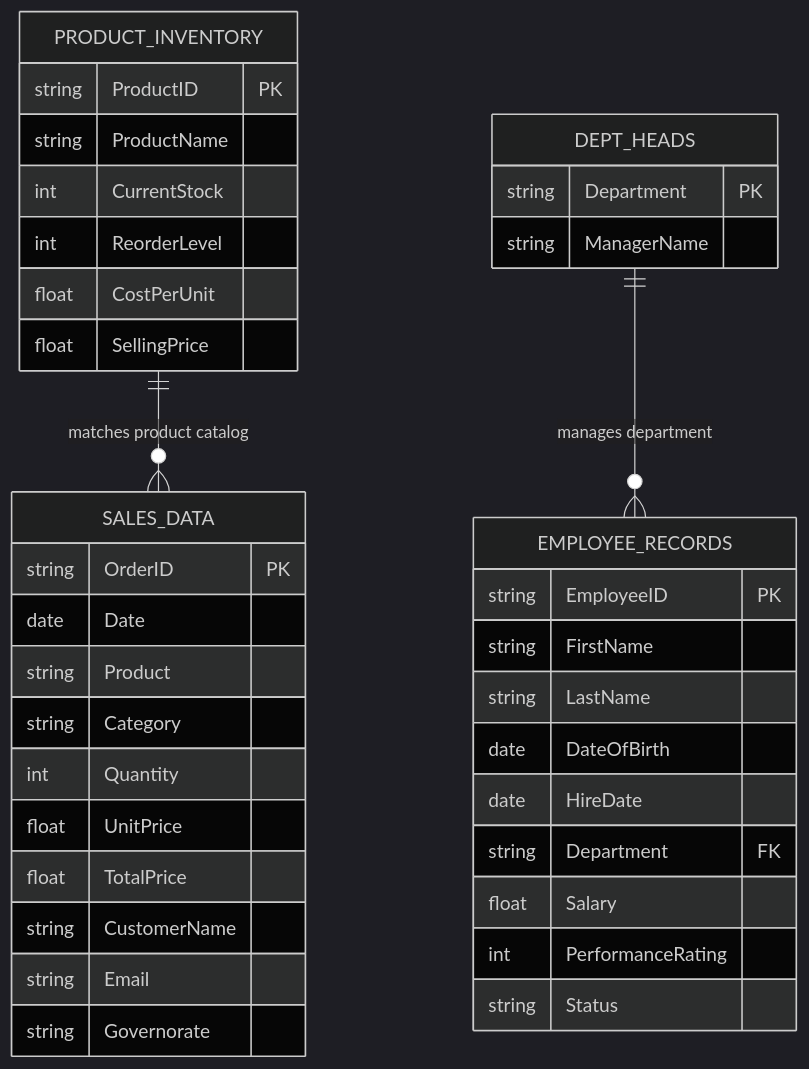
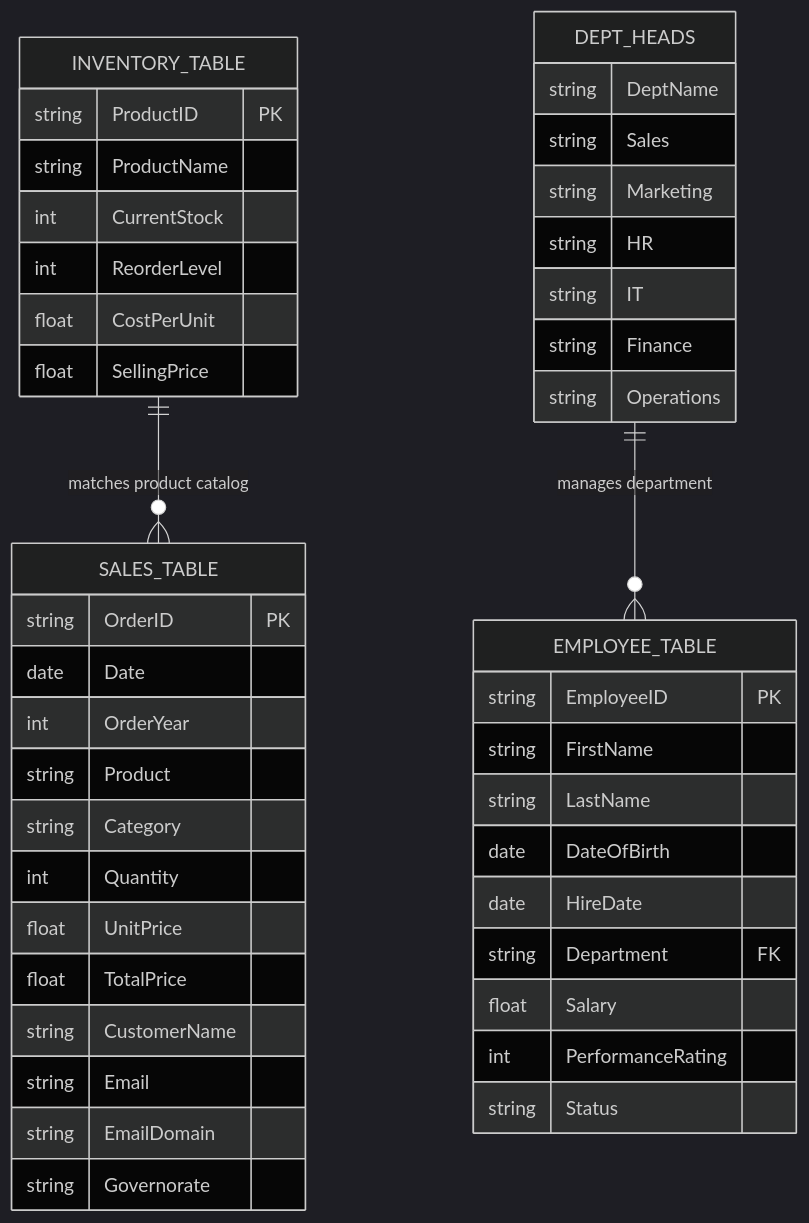
One commit to Sohila-Khaled-Abbas/COURSE-EXCEL-ZERO-TO-HERO changed the diagram in 07_Reference/Module 4 Dataset Documentation.md. Above: the diagram before and after it, drawn with Mermaid (dark theme). The commit also changed other lines of this file and 6 other files, not shown here.

````diff
--- a/07_Reference/Module 4 Dataset Documentation.md
+++ b/07_Reference/Module 4 Dataset Documentation.md
@@ -48,44 +47,51 @@
 ```mermaid
 erDiagram
-    SALES_DATA {
+    SALES_TABLE {
         string OrderID PK
         date Date
+        int OrderYear
         string Product
         string Category
         int Quantity
         float UnitPrice
         float TotalPrice
         string CustomerName
         string Email
+        string EmailDomain
         string Governorate
     }
 
-    PRODUCT_INVENTORY {
+    INVENTORY_TABLE {
         string ProductID PK
         string ProductName
         int CurrentStock
         int ReorderLevel
         float CostPerUnit
         float SellingPrice
     }
 
-    EMPLOYEE_RECORDS {
+    EMPLOYEE_TABLE {
         string EmployeeID PK
         string FirstName
         string LastName
         date DateOfBirth
         date HireDate
         string Department FK
         float Salary
         int PerformanceRating
         string Status
     }
 
     DEPT_HEADS {
-        string Department PK
-        string ManagerName
+        string DeptName
+        string Sales
+        string Marketing
+        string HR
+        string IT
+        string Finance
+        string Operations
     }
 
-    PRODUCT_INVENTORY ||--o{ SALES_DATA : "matches product catalog"
-    DEPT_HEADS ||--o{ EMPLOYEE_RECORDS : "manages department"
+    INVENTORY_TABLE ||--o{ SALES_TABLE : "matches product catalog"
+    DEPT_HEADS ||--o{ EMPLOYEE_TABLE : "manages department"
 ```
````
